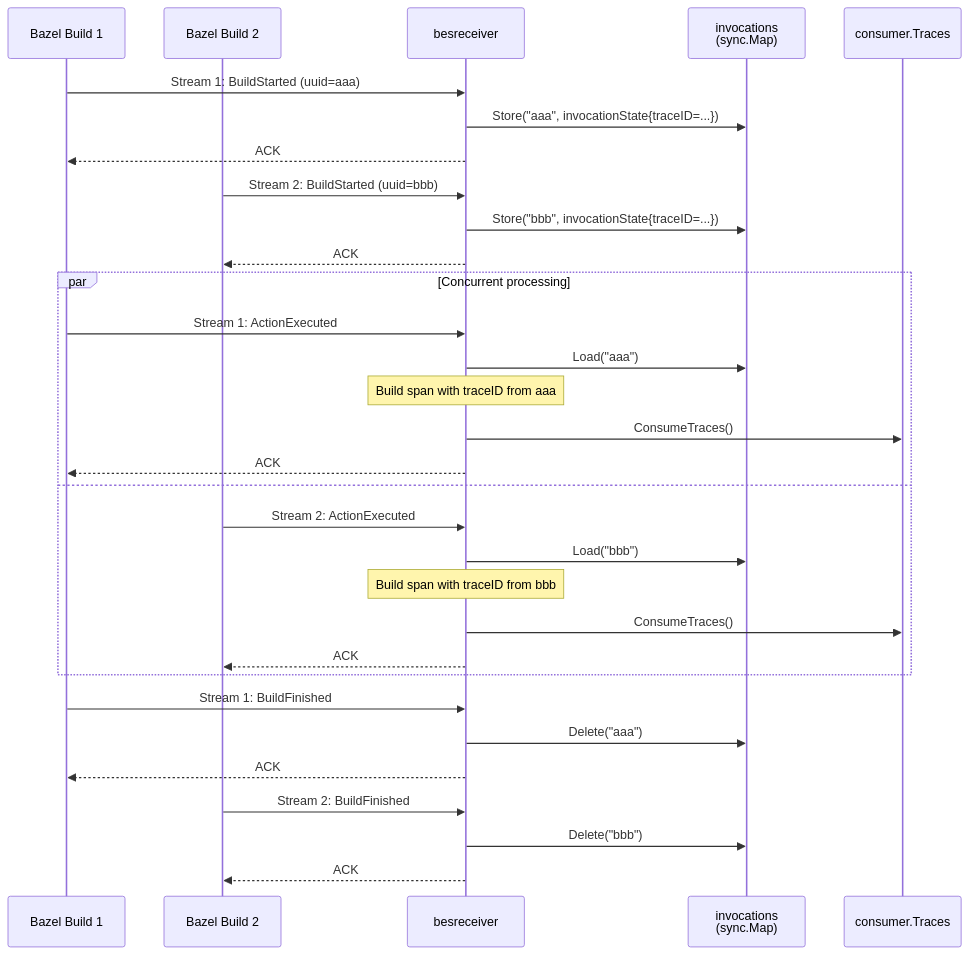
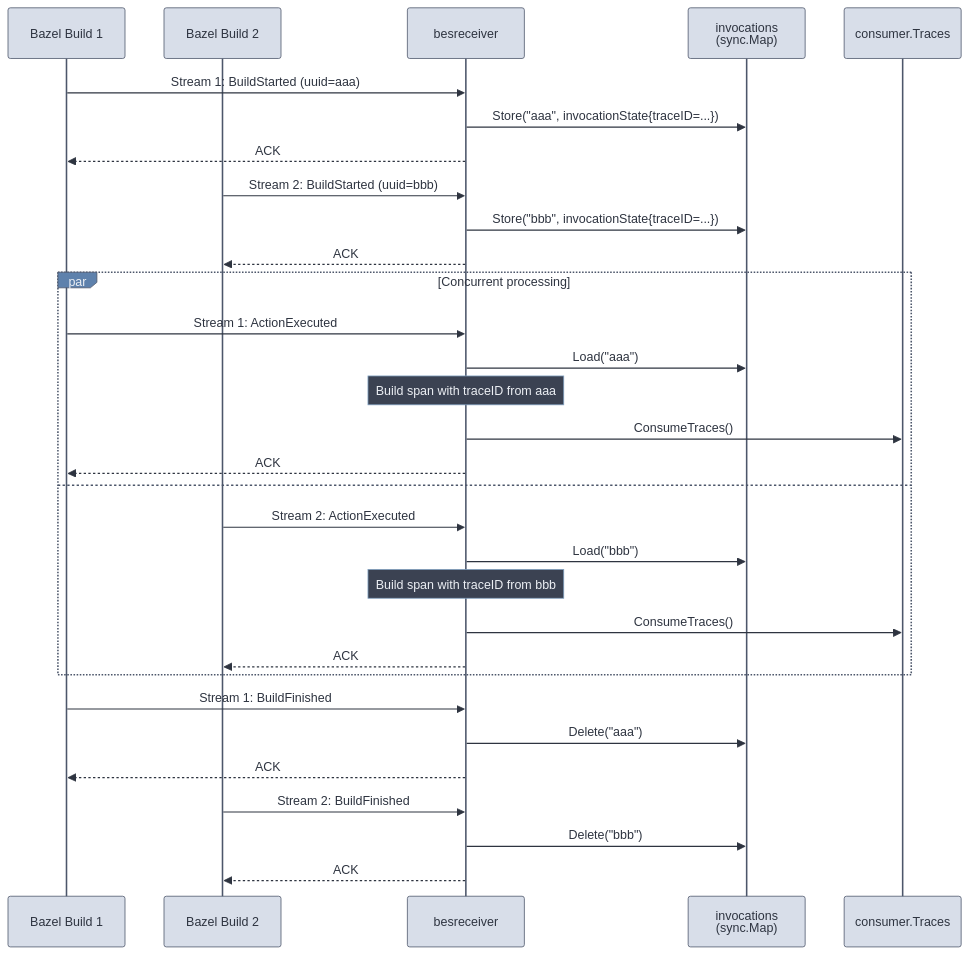
The second of 3 diagrams in docs/sequence.md (chagui/besreceiver), drawn with Mermaid before and after one commit. The commit also changed other lines of this file, not shown here.

First line of the commit message:
docs(sequence): set neutral Mermaid theme for dark-mode legibility

````diff
--- a/docs/sequence.md
+++ b/docs/sequence.md
@@ -61,38 +62,39 @@
 ```mermaid
+%%{init: {'theme':'neutral','themeVariables':{'noteBkgColor':'#3b4252','noteTextColor':'#eceff4','noteBorderColor':'#81a1c1','actorBkg':'#d8dee9','actorBorder':'#4c566a','actorTextColor':'#2e3440','actorLineColor':'#4c566a','signalColor':'#2e3440','signalTextColor':'#2e3440','labelBoxBkgColor':'#5e81ac','labelBoxBorderColor':'#4c566a','labelTextColor':'#eceff4','loopTextColor':'#2e3440','sequenceNumberColor':'#eceff4'}}}%%
 sequenceDiagram
     participant B1 as Bazel Build 1
     participant B2 as Bazel Build 2
     participant Recv as besreceiver
     participant State as invocations<br/>(sync.Map)
     participant Consumer as consumer.Traces
 
     B1->>Recv: Stream 1: BuildStarted (uuid=aaa)
     Recv->>State: Store("aaa", invocationState{traceID=...})
     Recv-->>B1: ACK
 
     B2->>Recv: Stream 2: BuildStarted (uuid=bbb)
     Recv->>State: Store("bbb", invocationState{traceID=...})
     Recv-->>B2: ACK
 
     par Concurrent processing
         B1->>Recv: Stream 1: ActionExecuted
         Recv->>State: Load("aaa")
         Note over Recv: Build span with traceID from aaa
         Recv->>Consumer: ConsumeTraces()
         Recv-->>B1: ACK
     and
         B2->>Recv: Stream 2: ActionExecuted
         Recv->>State: Load("bbb")
         Note over Recv: Build span with traceID from bbb
         Recv->>Consumer: ConsumeTraces()
         Recv-->>B2: ACK
     end
 
     B1->>Recv: Stream 1: BuildFinished
     Recv->>State: Delete("aaa")
     Recv-->>B1: ACK
 
     B2->>Recv: Stream 2: BuildFinished
     Recv->>State: Delete("bbb")
     Recv-->>B2: ACK
 ```
````
